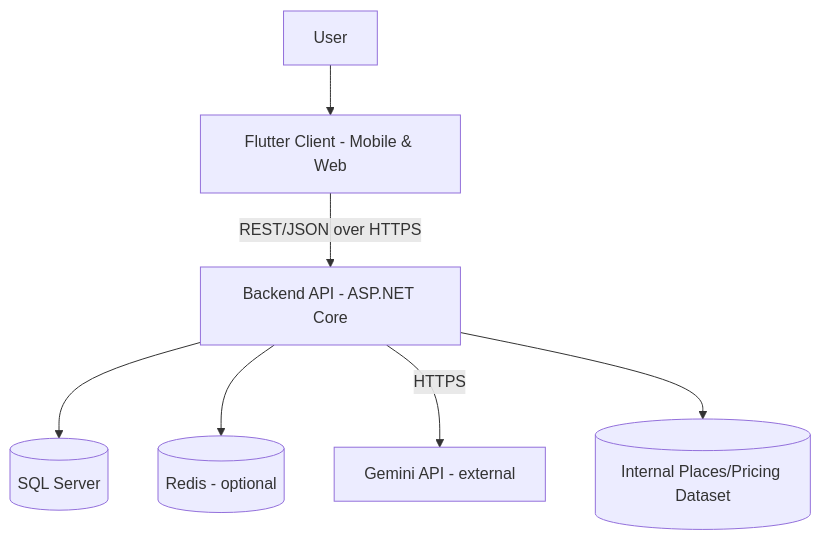
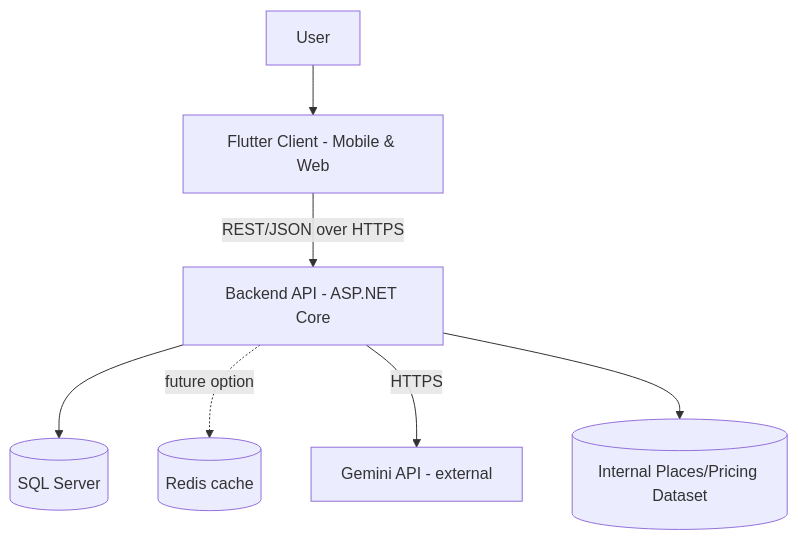
Before and after one commit to adam-alAj/Triply: the first of 3 diagrams in Docs/03_TRIPLY_System_Architecture.md, drawn with Mermaid. The commit also changed other lines of this file and 30 other files, not shown here.

````diff
--- a/Docs/03_TRIPLY_System_Architecture.md
+++ b/Docs/03_TRIPLY_System_Architecture.md
@@ -45,9 +45,9 @@
 ```mermaid
 graph TD
     U[User] --> FC[Flutter Client - Mobile & Web]
     FC -->|REST/JSON over HTTPS| BE[Backend API - ASP.NET Core]
     BE --> DB[(SQL Server)]
-    BE --> CACHE[(Redis - optional)]
+    BE -. future option .-> CACHE[(Redis cache)]
     BE -->|HTTPS| GEMINI[Gemini API - external]
     BE --> DATASET[(Internal Places/Pricing Dataset)]
 ```
````
